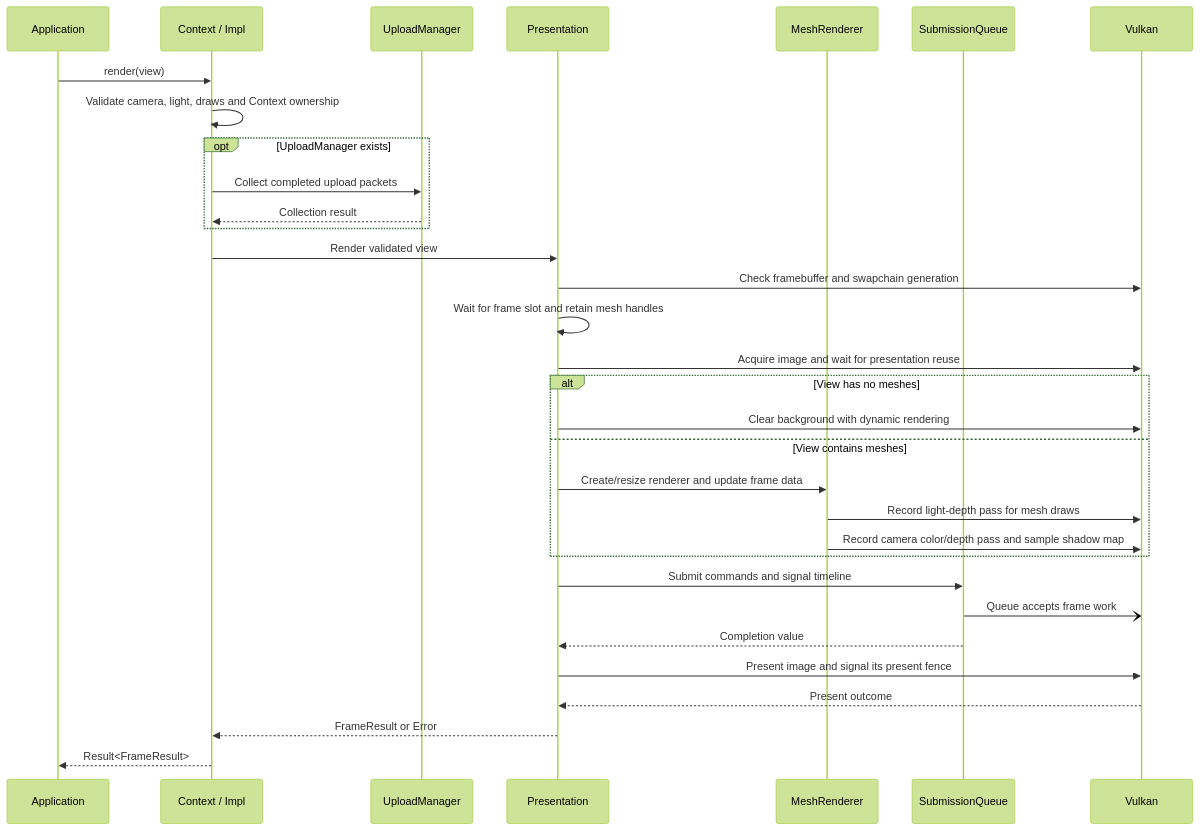
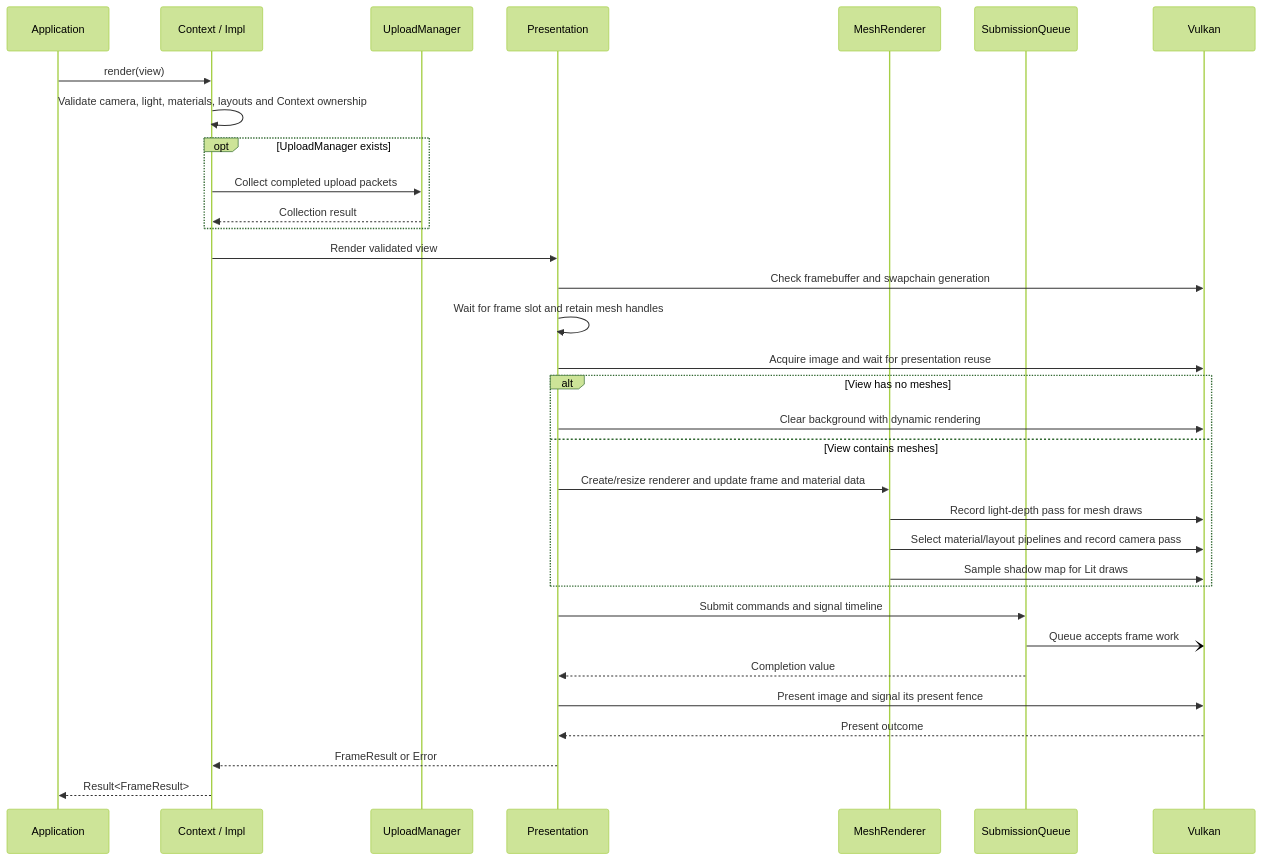
The diagram in docs/use-cases/render-view.md (a-soltysik/Panda), drawn with Mermaid (forest theme) before and after one commit. The commit also changed other lines of this file and 52 other files, not shown here.

Commit message:
Add per-mesh vertex layouts and basic materials (#100)

````diff
--- a/docs/use-cases/render-view.md
+++ b/docs/use-cases/render-view.md
@@ -60,34 +61,35 @@
 ```mermaid
 sequenceDiagram
     participant A as Application
     participant C as Context / Impl
     participant U as UploadManager
     participant P as Presentation
     participant R as MeshRenderer
     participant Q as SubmissionQueue
     participant V as Vulkan
     A->>C: render(view)
-    C->>C: Validate camera, light, draws and Context ownership
+    C->>C: Validate camera, light, materials, layouts and Context ownership
     opt UploadManager exists
         C->>U: Collect completed upload packets
         U-->>C: Collection result
     end
     C->>P: Render validated view
     P->>V: Check framebuffer and swapchain generation
     P->>P: Wait for frame slot and retain mesh handles
     P->>V: Acquire image and wait for presentation reuse
     alt View has no meshes
         P->>V: Clear background with dynamic rendering
     else View contains meshes
-        P->>R: Create/resize renderer and update frame data
+        P->>R: Create/resize renderer and update frame and material data
         R->>V: Record light-depth pass for mesh draws
-        R->>V: Record camera color/depth pass and sample shadow map
+        R->>V: Select material/layout pipelines and record camera pass
+        R->>V: Sample shadow map for Lit draws
     end
     P->>Q: Submit commands and signal timeline
     Q-)V: Queue accepts frame work
     Q-->>P: Completion value
     P->>V: Present image and signal its present fence
     V-->>P: Present outcome
     P-->>C: FrameResult or Error
     C-->>A: Result<FrameResult>
 ```
````
